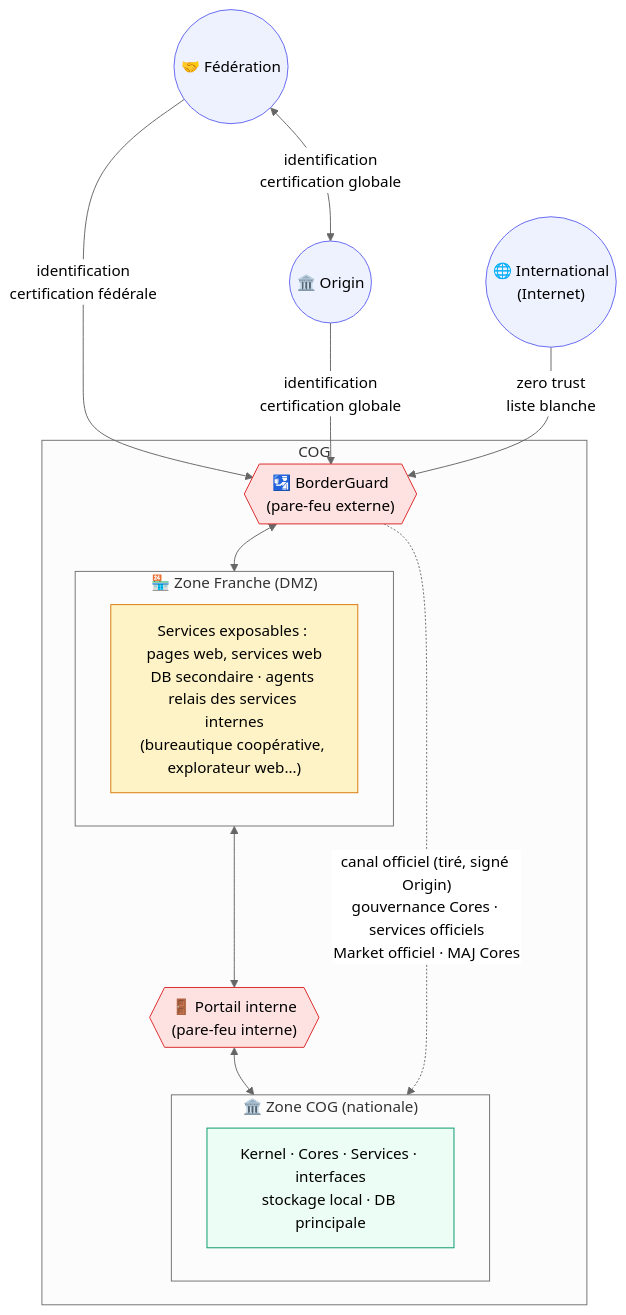
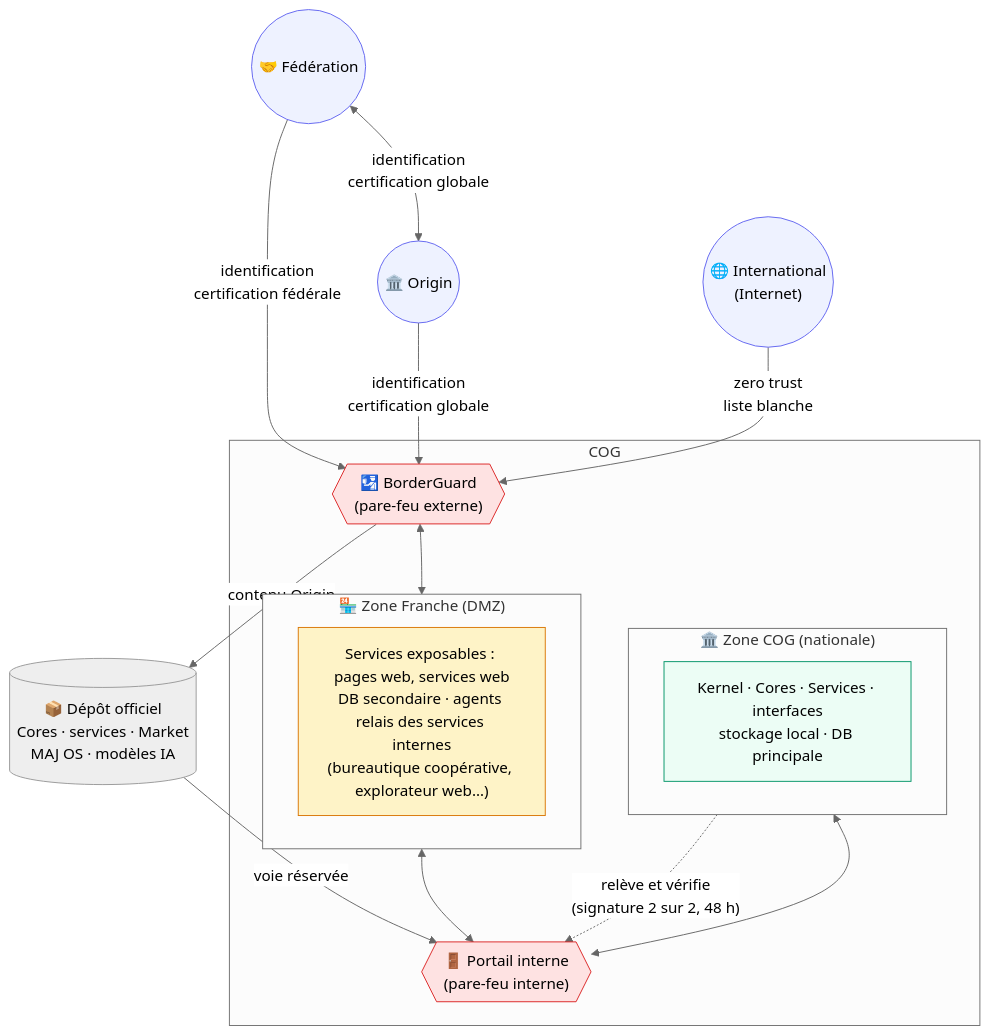
One commit to StudioMiyukini/miyukini_cog changed the diagram in docs/schema-conceptuel-cog.mmd. Above: the diagram before and after it, drawn with Mermaid (neutral theme). The commit also changed 2 other files, not shown here.

Commit message:
docs(architecture): corrections de conception et gouvernance fédérale
Revue des trous de conception (21 points) et règles d'admission fédérales.

- Une instance BorderGuard par frontière, vérification finale en zone COG.
- Canal officiel via un dépôt officiel relevé par le Portail (plus de
  route vers la zone COG) ; seuil 2/2, quarantaine 48 h, fraîcheur ;
  inclut correctifs OS et modèles IA.
- Zone COG segmentée par service ; rendu assaini ; Franche isolée par
  service ; Franche locale pour la domotique.
- Fédération : candidat / invité (2) / membre (4 pendant 7 j) / blacklisté ;
  confirmations par les membres seuls, blacklist sur preuves et quorum
  de 6, sanction = révocation d'identité sans destruction à distance.
- Confiance et résilience : temps de confiance, Shamir 2/3, clé par usage,
  sauvegarde hors site, amorçage, gouvernance d'Origin à seuil.
- Modèle de menaces : M9, M10, EX-19 à EX-36, priorités revues.

```diff
--- a/docs/schema-conceptuel-cog.mmd
+++ b/docs/schema-conceptuel-cog.mmd
@@ -1,40 +1,42 @@
 %% @id arch.cog.schema-conceptuel
 %% @role architecture-diagram
 %% @layer 3-8+kernel
-%% @human Schéma conceptuel COG v2 : BorderGuard, zone Franche, Portail interne, zone COG, canal officiel
+%% @human Schéma conceptuel COG v3 : BorderGuard, Franche, dépôt officiel relevé via le Portail, zone COG segmentée
 %% @do visualize_cog_architecture
 %% Référence : docs/architecture/MODELE-ZONES-ET-COUCHES-COG.md (2026-10-24)
 flowchart TB
     FED(("🤝 Fédération"))
     ORIGIN(("🏛️ Origin"))
     INTL(("🌐 International<br/>(Internet)"))
 
     FED <-- "identification<br/>certification globale" --> ORIGIN
 
     subgraph COG["COG"]
         BG{{"🛂 BorderGuard<br/>(pare-feu externe)"}}
         subgraph FRANCHE["🏪 Zone Franche (DMZ)"]
             F1["Services exposables : pages web, services web<br/>DB secondaire · agents relais des services internes<br/>(bureautique coopérative, explorateur web…)"]
         end
         PORTAIL{{"🚪 Portail interne<br/>(pare-feu interne)"}}
         subgraph NAT["🏛️ Zone COG (nationale)"]
             N1["Kernel · Cores · Services · interfaces<br/>stockage local · DB principale"]
         end
     end
 
     FED -- "identification<br/>certification fédérale" --> BG
     ORIGIN -- "identification<br/>certification globale" --> BG
     INTL -- "zero trust<br/>liste blanche" --> BG
     BG <--> FRANCHE
     FRANCHE <--> PORTAIL
     PORTAIL <--> NAT
-    BG -. "canal officiel (tiré, signé Origin)<br/>gouvernance Cores · services officiels<br/>Market officiel · MAJ Cores" .-> NAT
+    BG -- "contenu Origin" --> DEPOT[("📦 Dépôt officiel<br/>Cores · services · Market<br/>MAJ OS · modèles IA")]
+    DEPOT -- "voie réservée" --> PORTAIL
+    NAT -. "relève et vérifie<br/>(signature 2 sur 2, 48 h)" .-> PORTAIL
 
     classDef ext fill:#eef2ff,stroke:#6366f1
     classDef fw fill:#fee2e2,stroke:#dc2626
     classDef franche fill:#fef3c7,stroke:#d97706
     classDef nat fill:#ecfdf5,stroke:#059669
     class FED,ORIGIN,INTL ext
     class BG,PORTAIL fw
     class F1 franche
     class N1 nat
```
